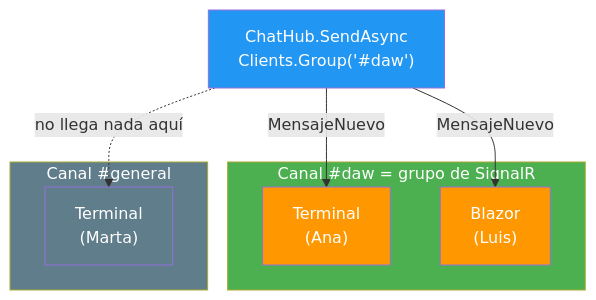
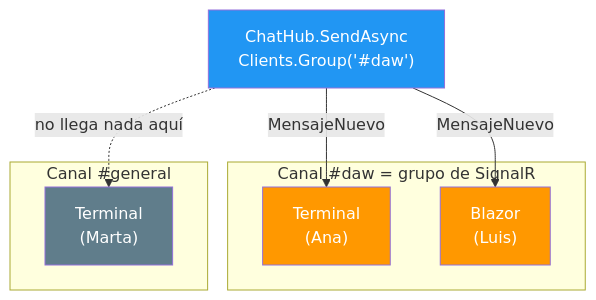
One commit to joseluisgs/AulaChatNet changed the fifth of 6 diagrams in docs/01-arquitectura-del-servidor.md. Above: the diagram before and after it, drawn with Mermaid. The commit also changed other lines of this file and 3 other files, not shown here.

````diff
--- a/docs/01-arquitectura-del-servidor.md
+++ b/docs/01-arquitectura-del-servidor.md
@@ -427,22 +446,20 @@
 ```mermaid
 flowchart TD
     subgraph CANAL_DAW["Canal #daw = grupo de SignalR"]
         T["Terminal<br/>(Ana)"]
         B["Blazor<br/>(Luis)"]
     end
 
     subgraph CANAL_GENERAL["Canal #general"]
         T2["Terminal<br/>(Marta)"]
     end
 
     H["ChatHub.SendAsync<br/>Clients.Group('#daw')"] -->|"MensajeNuevo"| T
     H -->|"MensajeNuevo"| B
     H -.->|"no llega nada aquí"| T2
 
     style H fill:#2196F3,color:#fff
     style T fill:#FF9800,color:#fff
     style B fill:#FF9800,color:#fff
     style T2 fill:#607D8B,color:#fff
-    style CANAL_DAW fill:#4CAF50,color:#fff
-    style CANAL_GENERAL fill:#607D8B,color:#fff
 ```
````
